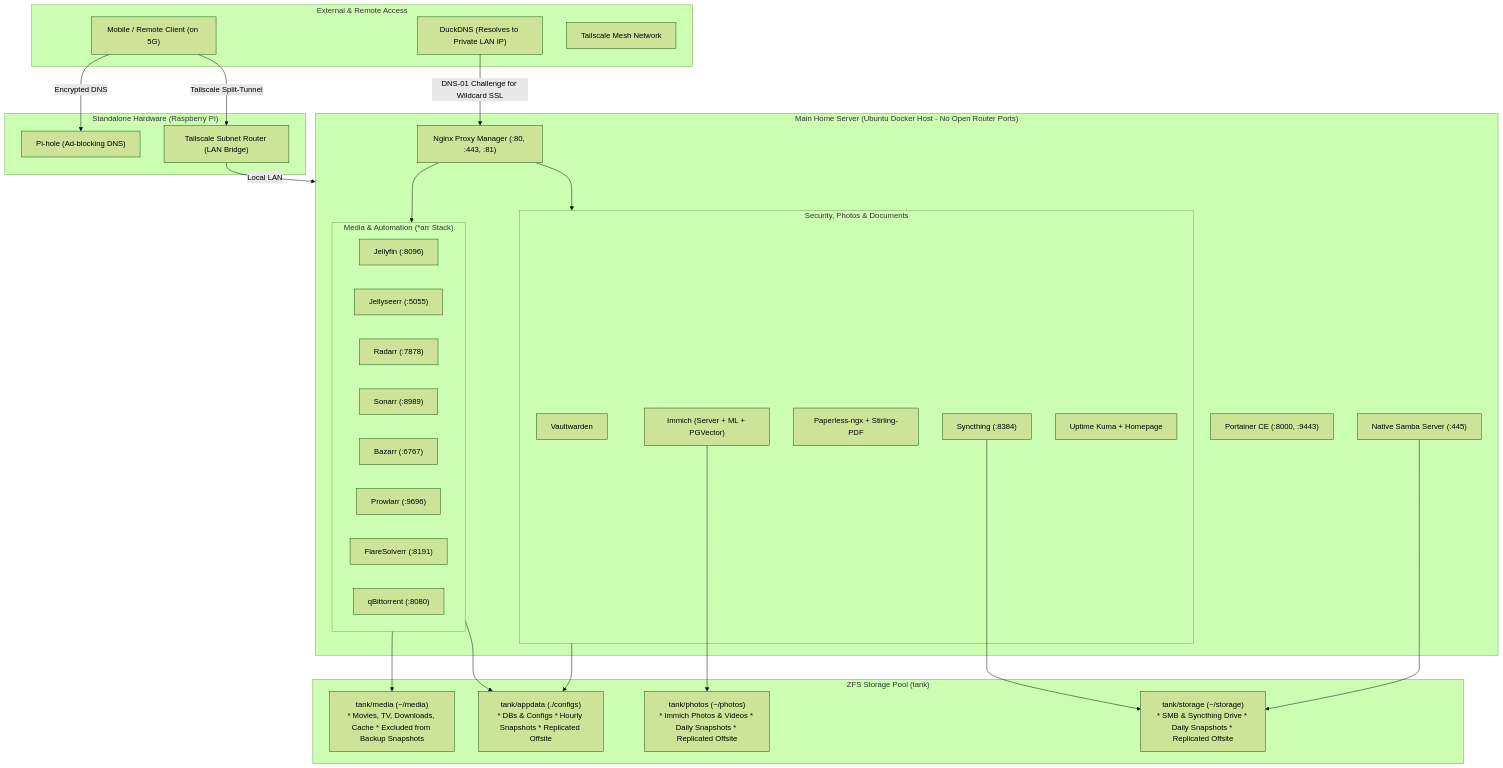
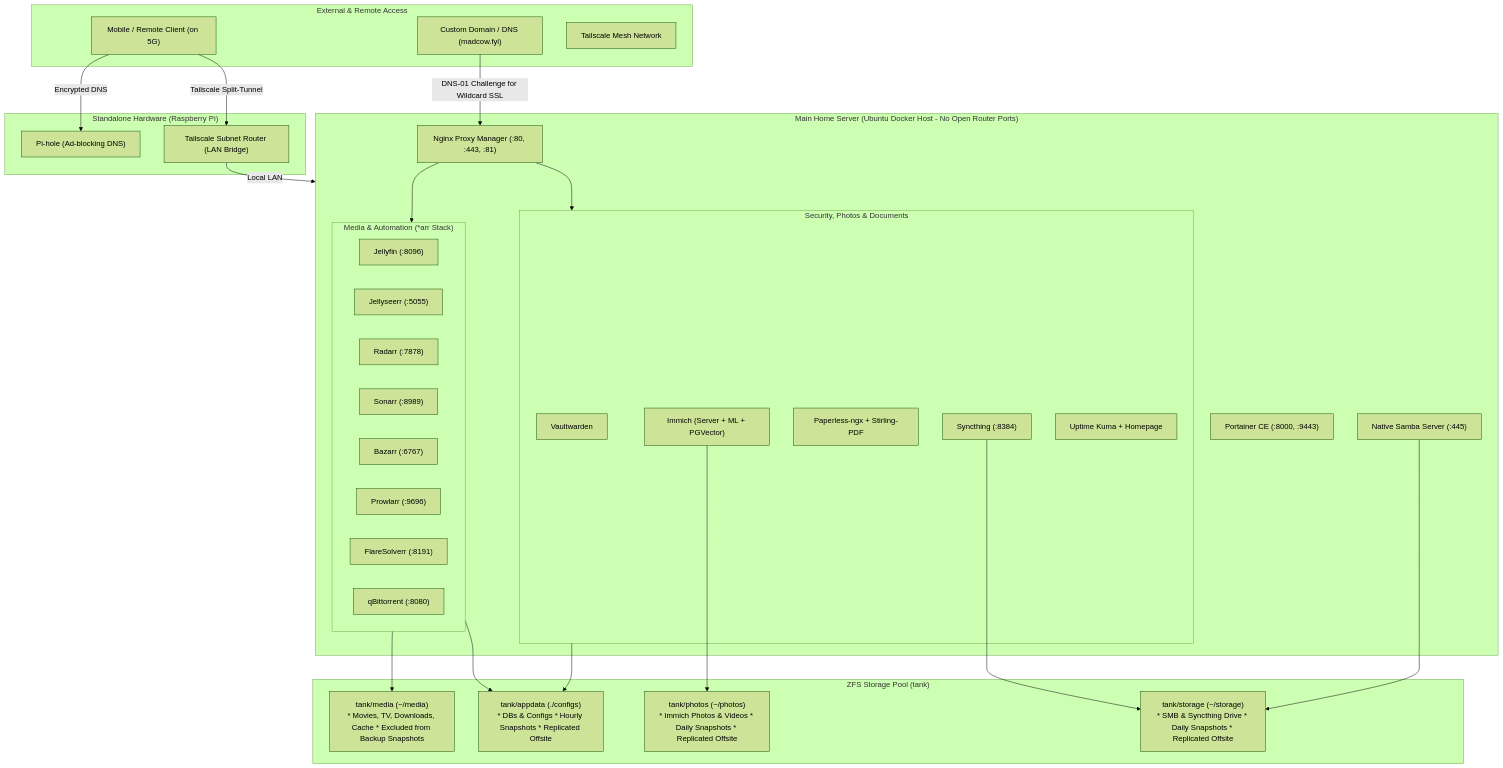
The diagram in README.md (akshatkushwaha/home-lab), drawn with Mermaid (forest theme) before and after one commit. The commit also changed other lines of this file and 3 other files, not shown here.

````diff
--- a/README.md
+++ b/README.md
@@ -9,60 +9,60 @@
 ```mermaid
 flowchart TD
     subgraph Internet ["External & Remote Access"]
         Client["Mobile / Remote Client (on 5G)"]
-        DuckDNS["DuckDNS (Resolves to Private LAN IP)"]
+        DomainDNS["Custom Domain / DNS (madcow.fyi)"]
         TailscaleNet["Tailscale Mesh Network"]
     end
 
     subgraph Hardware_Pi ["Standalone Hardware (Raspberry Pi)"]
         PiHole["Pi-hole (Ad-blocking DNS)"]
         PiTailscale["Tailscale Subnet Router (LAN Bridge)"]
     end
 
     subgraph HomeServer ["Main Home Server (Ubuntu Docker Host - No Open Router Ports)"]
         NPM["Nginx Proxy Manager (:80, :443, :81)"]
         Portainer["Portainer CE (:8000, :9443)"]
         SMB["Native Samba Server (:445)"]
 
         subgraph Core_Services ["Security, Photos & Documents"]
             Vault["Vaultwarden"]
             Immich["Immich (Server + ML + PGVector)"]
             Paperless["Paperless-ngx + Stirling-PDF"]
             Sync["Syncthing (:8384)"]
             Monitor["Uptime Kuma + Homepage"]
         end
 
         subgraph Media_Stack ["Media & Automation (*arr Stack)"]
             Jellyfin["Jellyfin (:8096)"]
             Jellyseerr["Jellyseerr (:5055)"]
             Radarr["Radarr (:7878)"]
             Sonarr["Sonarr (:8989)"]
             Bazarr["Bazarr (:6767)"]
             Prowlarr["Prowlarr (:9696)"]
             Flare["FlareSolverr (:8191)"]
             Qbit["qBittorrent (:8080)"]
         end
     end
 
     subgraph Storage ["ZFS Storage Pool (tank)"]
         DS_Appdata["tank/appdata (./configs)\n* DBs & Configs * Hourly Snapshots * Replicated Offsite"]
         DS_Photos["tank/photos (~/photos)\n* Immich Photos & Videos * Daily Snapshots * Replicated Offsite"]
         DS_Storage["tank/storage (~/storage)\n* SMB & Syncthing Drive * Daily Snapshots * Replicated Offsite"]
         DS_Media["tank/media (~/media)\n* Movies, TV, Downloads, Cache * Excluded from Backup Snapshots"]
     end
 
     Client -->|Tailscale Split-Tunnel| PiTailscale
     PiTailscale -->|Local LAN| HomeServer
     Client -->|Encrypted DNS| PiHole
-    DuckDNS -->|DNS-01 Challenge for Wildcard SSL| NPM
+    DomainDNS -->|DNS-01 Challenge for Wildcard SSL| NPM
 
     NPM --> Core_Services
     NPM --> Media_Stack
 
     SMB --> DS_Storage
     Sync --> DS_Storage
     Immich --> DS_Photos
     Core_Services --> DS_Appdata
     Media_Stack --> DS_Appdata
     Media_Stack --> DS_Media
 ```
````
